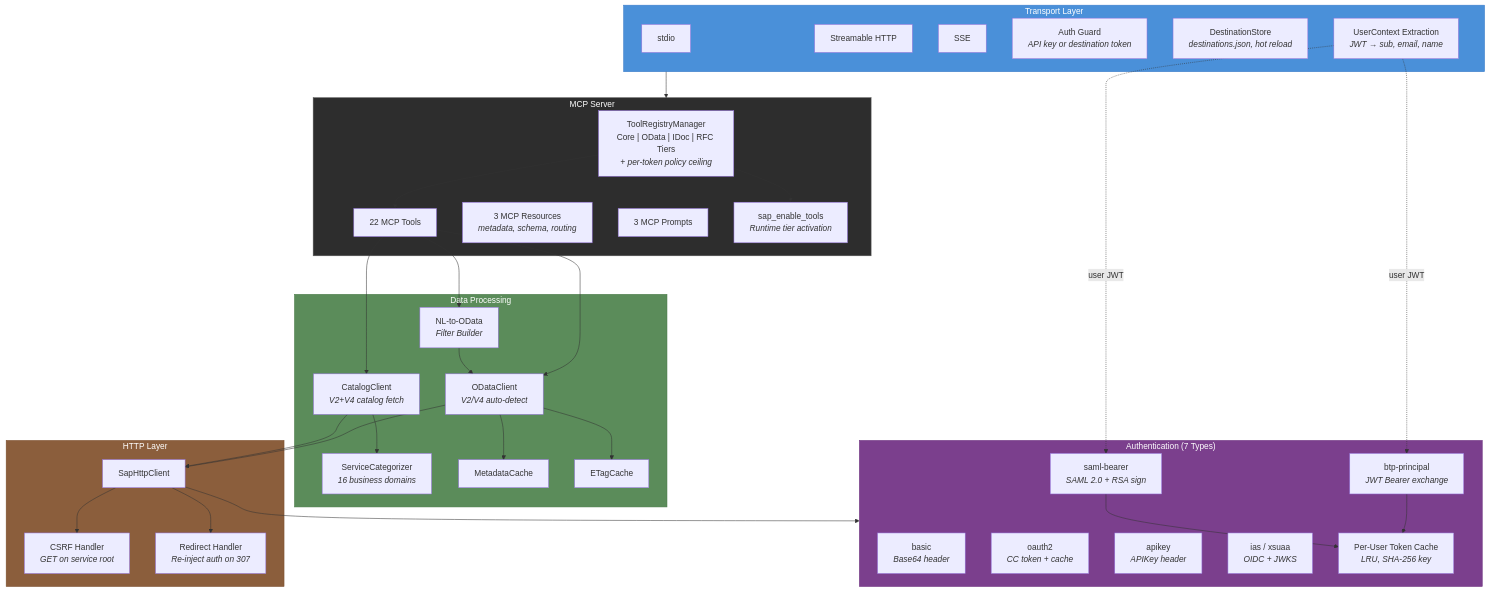
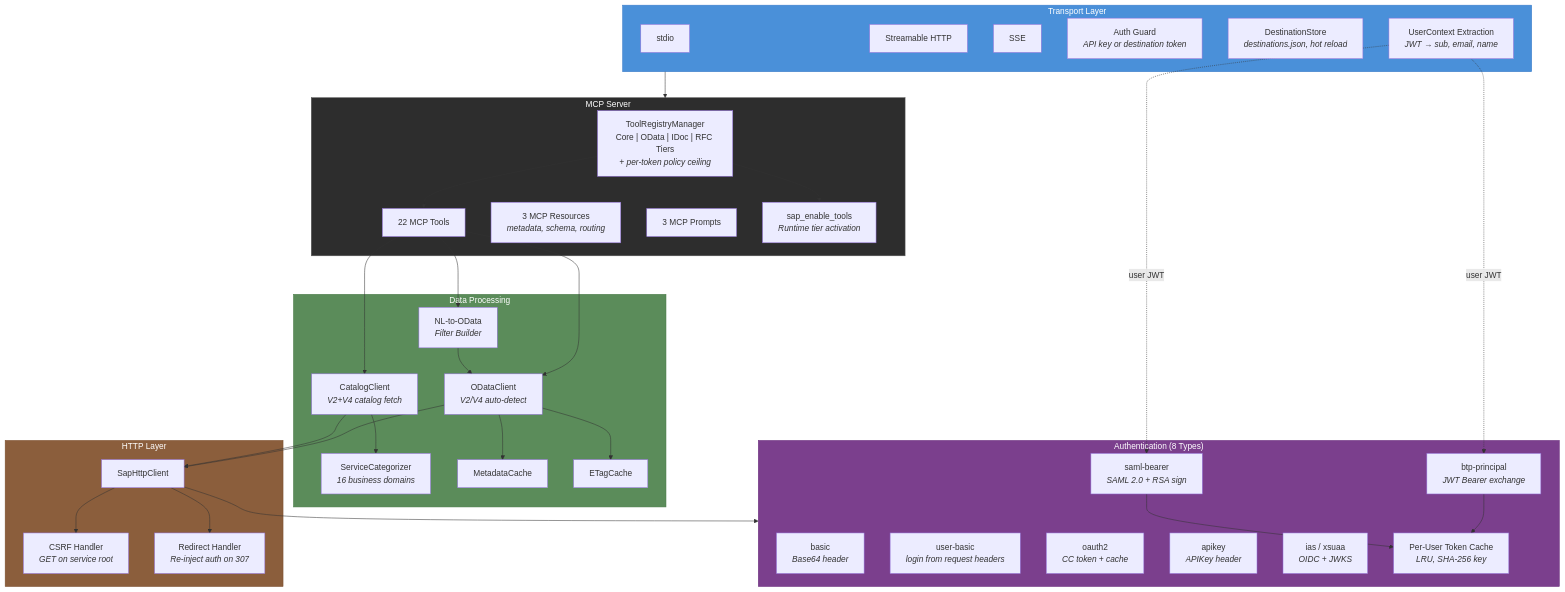
One commit to guniweb/guniweb-sap-mcp changed the first of 10 diagrams in docs/architecture.md. Above: the diagram before and after it, drawn with Mermaid. The commit also changed other lines of this file and 4 other files, not shown here.

````diff
--- a/docs/architecture.md
+++ b/docs/architecture.md
@@ -7,70 +7,71 @@
 ```mermaid
 graph TB
     subgraph Transport["Transport Layer"]
         stdio["stdio"]
         http["Streamable HTTP"]
         sse["SSE"]
         apikey["Auth Guard<br/><i>API key or destination token</i>"]
         dest["DestinationStore<br/><i>destinations.json, hot reload</i>"]
         userctx["UserContext Extraction<br/><i>JWT &rarr; sub, email, name</i>"]
     end
 
     subgraph MCP["MCP Server"]
         registry["ToolRegistryManager<br/>Core | OData | IDoc | RFC Tiers<br/><i>+ per-token policy ceiling</i>"]
         tools["22 MCP Tools"]
         resources["3 MCP Resources<br/><i>metadata, schema, routing</i>"]
         prompts["3 MCP Prompts"]
         meta["sap_enable_tools<br/><i>Runtime tier activation</i>"]
         registry --> tools
         registry --> meta
     end
 
     subgraph Data["Data Processing"]
         odata["ODataClient<br/><i>V2/V4 auto-detect</i>"]
         catalog["CatalogClient<br/><i>V2+V4 catalog fetch</i>"]
         categorizer["ServiceCategorizer<br/><i>16 business domains</i>"]
         nlquery["NL-to-OData<br/><i>Filter Builder</i>"]
         metadata["MetadataCache"]
         etag["ETagCache"]
     end
 
     subgraph HTTP["HTTP Layer"]
         httpclient["SapHttpClient"]
         csrf["CSRF Handler<br/><i>GET on service root</i>"]
         redirect["Redirect Handler<br/><i>Re-inject auth on 307</i>"]
     end
 
-    subgraph Auth["Authentication (7 Types)"]
+    subgraph Auth["Authentication (8 Types)"]
         basic["basic<br/><i>Base64 header</i>"]
+        userbasic["user-basic<br/><i>login from request headers</i>"]
         oauth2["oauth2<br/><i>CC token + cache</i>"]
         apikey2["apikey<br/><i>APIKey header</i>"]
         ias["ias / xsuaa<br/><i>OIDC + JWKS</i>"]
         btp["btp-principal<br/><i>JWT Bearer exchange</i>"]
         saml["saml-bearer<br/><i>SAML 2.0 + RSA sign</i>"]
         tokencache["Per-User Token Cache<br/><i>LRU, SHA-256 key</i>"]
     end
 
     Transport --> MCP
     tools --> odata
     tools --> catalog
     tools --> nlquery
     catalog --> categorizer
     nlquery --> odata
     odata --> httpclient
     odata --> metadata
     odata --> etag
     catalog --> httpclient
     httpclient --> csrf
     httpclient --> redirect
     httpclient --> Auth
     btp --> tokencache
     saml --> tokencache
     userctx -.->|"user JWT"| btp
     userctx -.->|"user JWT"| saml
 
     style Transport fill:#4a90d9,color:#fff,stroke:#3a7bc8
     style MCP fill:#2d2d2d,color:#fff,stroke:#555
     style Data fill:#5b8c5a,color:#fff,stroke:#4b7c4a
     style HTTP fill:#8b5e3c,color:#fff,stroke:#7b4e2c
     style Auth fill:#7b3f8d,color:#fff,stroke:#6b2f7d
 ```
````
